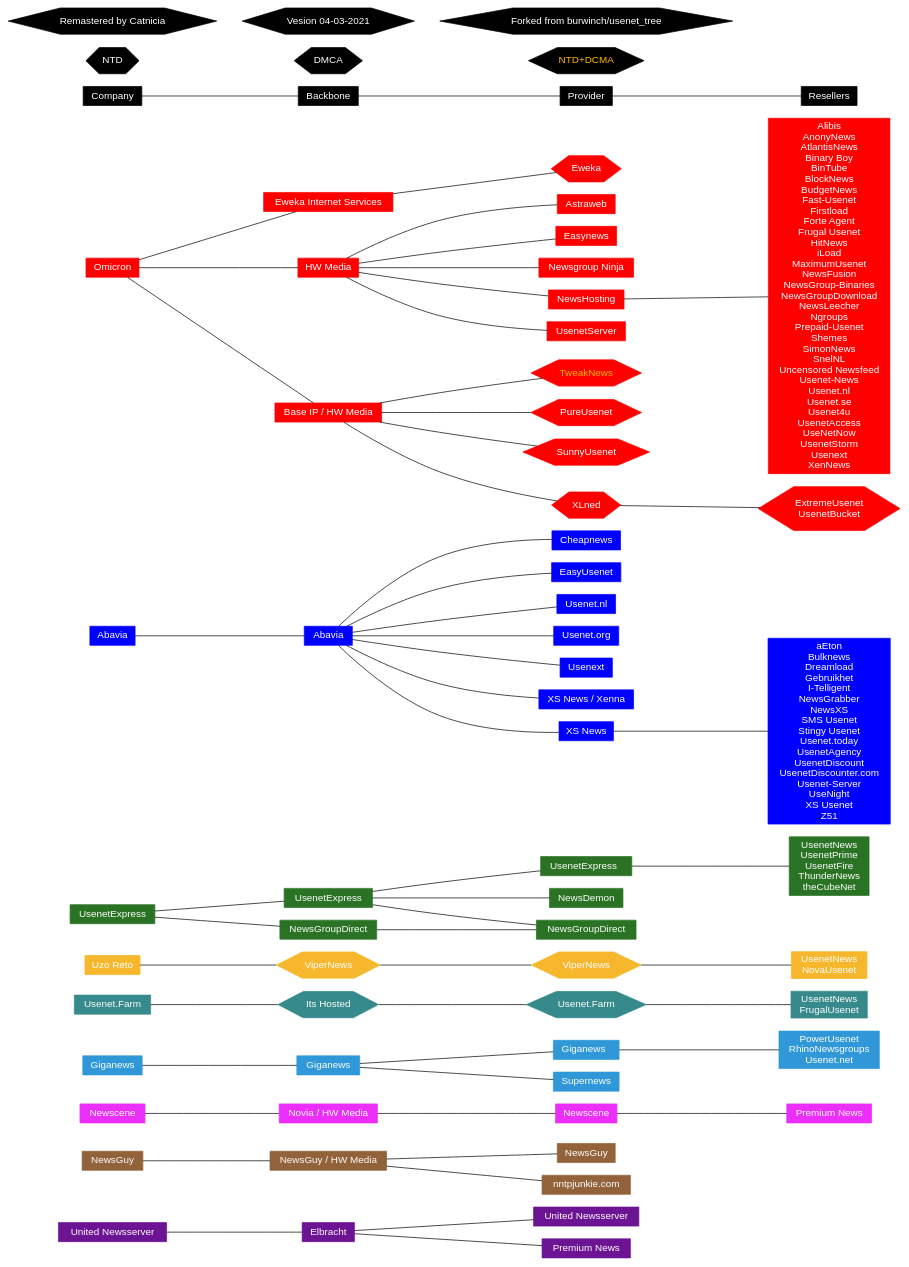
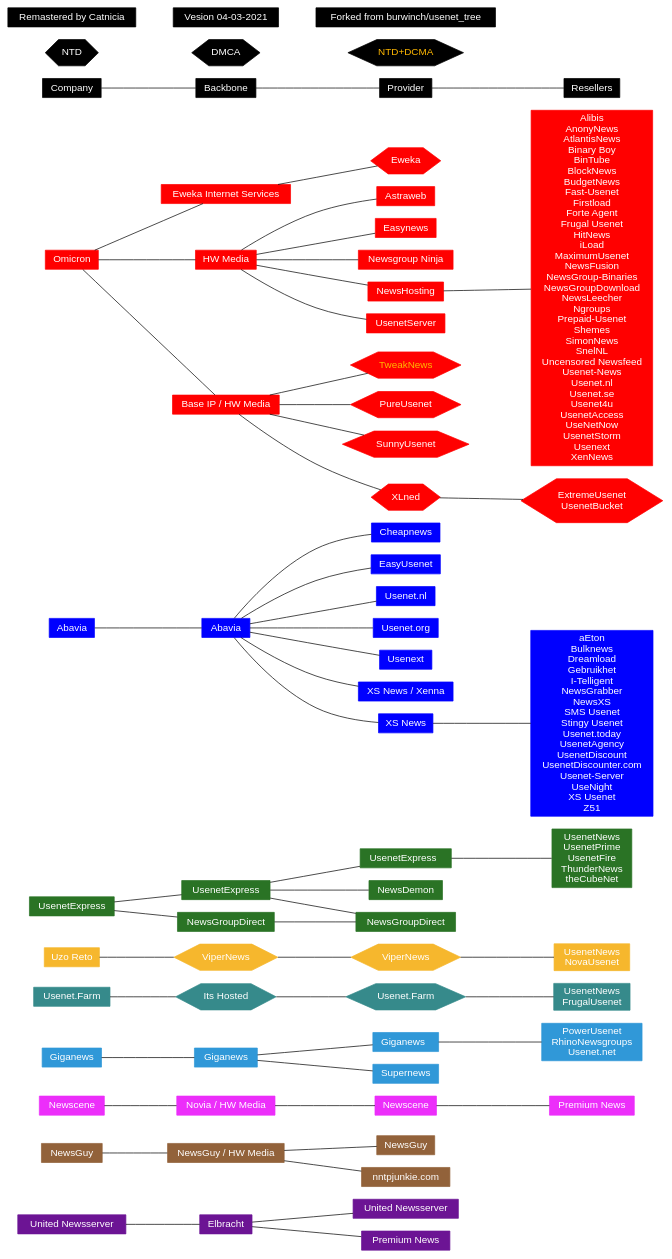
One commit to hassonipulus/usenet_tree changed the diagram in graph.gv. Above: the diagram before and after it, drawn with Graphviz.

Commit message:
Update graph.gv
Fixed a little design flaw, whoopsies

```diff
--- a/graph.gv
+++ b/graph.gv
@@ -1,113 +1,113 @@
 
 # https://edotor.net/
 graph graphname {
 bgcolor=white  	#background color
 rankdir=LR 		#direction of graph, eg LR is Left-to-Right ,TB is Top-to-Bottom
 node [shape = box  style=filled fontcolor=white height=.37 fontname=Helvetica] #these effect everything below unless overridden by another "node[]" statement
 edge [color=black] #the edge is the lines between company/backbone/provider reseller
 
     node [color="#6c1494"] #we change the colour of each company, eg omicron is "red"
 "United Newsserver " --	"Elbracht"
 "Elbracht" -- "United Newsserver"
 "Elbracht" -- "Premium News "
      
     node [color="#92623a"]
 "NewsGuy " -- "NewsGuy / HW Media" -- "NewsGuy"
 "NewsGuy / HW Media" -- "nntpjunkie.com"
 
     node [color="#ec2efa"]
 "Newscene " -- "Novia / HW Media" -- "Newscene" -- "Premium News"
  
     node [color="#3098d8"]
 "Giganews" --	"Giganews " -- "Giganews  "
 "Giganews " --	"Supernews"
 "Giganews  " --	"PowerUsenet\nRhinoNewsgroups\nUsenet.net"
 
     node [color="#368a8b"]
 "Usenet.Farm " -- {node[shape=hexagon]"Its Hosted"} -- {node[shape=hexagon]"Usenet.Farm"} -- "UsenetNews\nFrugalUsenet" #the "{node[shape=folder fontcolor=orange]"Usenet.Farm"}" is for marking something as NTD
  
     node [color="#f6b72d"]
 "Uzo Reto" -- {node[shape=hexagon]"ViperNews"} -- {node[shape=hexagon]"ViperNews "} -- " UsenetNews\nNovaUsenet"
  
     node [color="#2a7325"]
 "UsenetExpress" -- "UsenetExpress " -- "UsenetExpress  " -- "UsenetNews\nUsenetPrime\n UsenetFire\nThunderNews\n theCubeNet"
 "UsenetExpress " -- "NewsDemon"
 "UsenetExpress " -- "NewsGroupDirect "
 "UsenetExpress" -- "NewsGroupDirect" -- "NewsGroupDirect "
  
     node [color=blue]
 "Abavia" -- "Abavia " -- "Cheapnews"
 "Abavia " -- "EasyUsenet"
 "Abavia " -- "Usenet.nl"
 "Abavia " -- "Usenet.org"
 "Abavia " -- "Usenext"
 "Abavia " -- "XS News / Xenna"
 "Abavia " -- "XS News"
 "XS News" -- "aEton\nBulknews\nDreamload\nGebruikhet\nI-Telligent\nNewsGrabber\nNewsXS\nSMS Usenet\nStingy Usenet\nUsenet.today\nUsenetAgency\nUsenetDiscount\nUsenetDiscounter.com\nUsenet-Server\nUseNight\nXS Usenet\nZ51"
  
     node [color=red]
 "Omicron" --  "Eweka Internet Services" -- {node[shape=hexagon] Eweka}
 "Omicron" -- "HW Media"
 "HW Media" -- "Astraweb"
 "HW Media" -- "Easynews"
 "HW Media" -- "Newsgroup Ninja"
 "HW Media" -- "NewsHosting"
 "HW Media" -- "UsenetServer"
 "NewsHosting" -- "Alibis\nAnonyNews\nAtlantisNews\nBinary Boy\nBinTube\nBlockNews\nBudgetNews\nFast-Usenet\nFirstload\nForte Agent\nFrugal Usenet\nHitNews\niLoad\nMaximumUsenet\nNewsFusion\nNewsGroup-Binaries\nNewsGroupDownload\nNewsLeecher\nNgroups\nPrepaid-Usenet\nShemes\nSimonNews\nSnelNL\nUncensored Newsfeed\nUsenet-News\nUsenet.nl\nUsenet.se\nUsenet4u\nUsenetAccess\nUseNetNow\nUsenetStorm\nUsenext\nXenNews"
  
 "Omicron" -- "Base IP / HW Media"
 "Base IP / HW Media"
 node[shape=hexagon fontcolor="#ffb700"]
 "Base IP / HW Media" -- "TweakNews"
 node[fontcolor=white]
 "Base IP / HW Media" -- "PureUsenet"
 "Base IP / HW Media" -- "SunnyUsenet"
 "Base IP / HW Media" -- "XLned"
 "XLned" -- "ExtremeUsenet\nUsenetBucket"
 
     node [shape = box style="filled" color=black] 
 "Company" -- "Backbone" -- "Provider" -- "Resellers"
 	node[shape=hexagon fillcolor=black] edge [style=invis]
 "NTD"  -- "DMCA"
 
 	node[shape=hexagon fillcolor=black fontcolor="#ffb700"] edge [style=invis]
 "NTD"  -- "DMCA" -- "NTD+DCMA"
-node[fontcolor=white] edge [style=invis]
+node[shape = box fontcolor=white] edge [style=invis]
 "Remastered by Catnicia"--"Vesion 04-03-2021" -- "Forked from burwinch/usenet_tree"
 
 
 }
 
 /*The " -- " symbol defiines a relationship between "parent -- child"
 
 Some companies/providers/backbones have the same name Eg Altopia_company_ serves Altopia_backbone
 who then serves Altopia_provider, because they all have to have unique names I just added some extra spaces
 at the end eg "Altopia" -- "Altopia " -- "Altoipia  "
 
 
 To generate an updated version it's all doable in your browser and we've kept it fairly simple.
 
 https://edotor.net/ is probably where you're viewing this from.
 
 As you edit the left text you'll see, in real time, the changes made on the right side.
 
 Importantly when you're done editing, in the top-left click the "Download" button, select SVG.
 
 Woopdidoo, you now have downloaded an updated tree diagram.
 
 Also importantly, in the top right corner click "Copy Share Link". Now you can share this link 
 for people to resume where ever you left off editing.
 
 
 The rest is fairly self explanitory. 
 
 For the non-programmers:
 
 The " -- " symbol defiines a relationship between "parent -- child"
 
 Curly braces "{}" constrict code to within the braces eg. "{node[shape=folder fontcolor=orange] Eweka}" the "shape" and "fontcolor" only effects "Eweka" because it's the only thing contained within the curly braces
 
 "\n" does a new line, eg "UsenetNews\nUsenetPrime\n UsenetFire" puts each reseller on a new line
 
 "#" is a comment which doesn't effect the code, effects from "#" til the end of the line
 */
```
